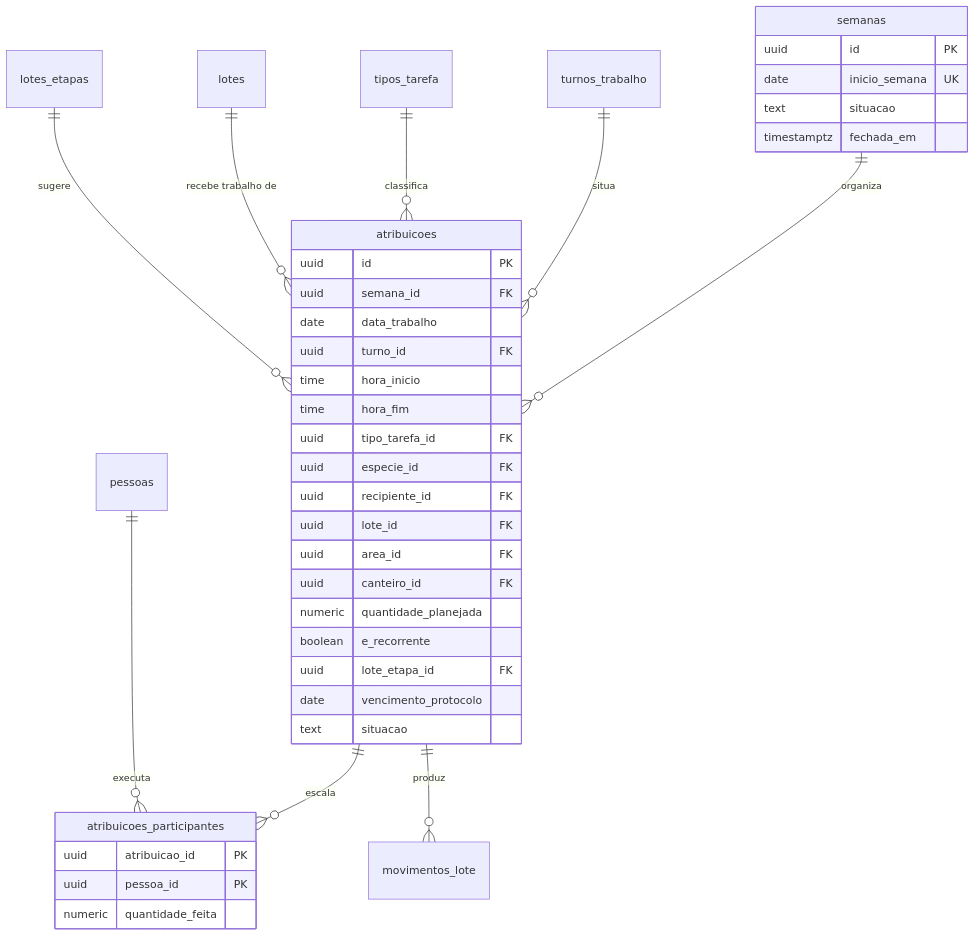
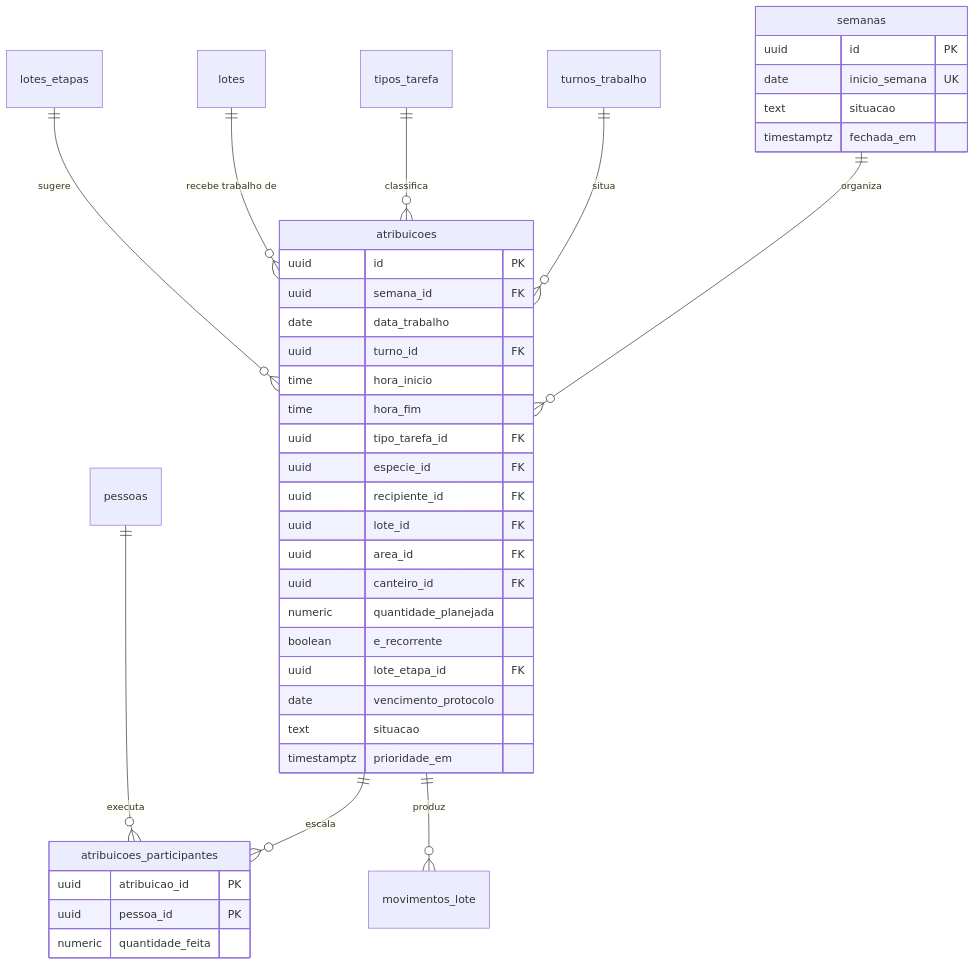
The diagram in docs/engenharia/modelo-dados-pt/mmd/fig14-producao-agenda.mmd (JoaoMudar/tcc), drawn with Mermaid before and after one commit. The commit also changed 53 other files, not shown here.

First line of the commit message:
feat(agenda): prioridade de desenho, visão do dia no celular e ajustes no Gantt da semana

```diff
--- a/docs/engenharia/modelo-dados-pt/mmd/fig14-producao-agenda.mmd
+++ b/docs/engenharia/modelo-dados-pt/mmd/fig14-producao-agenda.mmd
@@ -1,46 +1,47 @@
 erDiagram
   semanas {
     uuid        id PK
     date        inicio_semana UK
     text        situacao
     timestamptz fechada_em
   }
   atribuicoes {
     uuid    id PK
     uuid    semana_id FK
     date    data_trabalho
     uuid    turno_id FK
     time    hora_inicio
     time    hora_fim
     uuid    tipo_tarefa_id FK
     uuid    especie_id FK
     uuid    recipiente_id FK
     uuid    lote_id FK
     uuid    area_id FK
     uuid    canteiro_id FK
     numeric quantidade_planejada
     boolean e_recorrente
     uuid    lote_etapa_id FK
     date    vencimento_protocolo
     text    situacao
+    timestamptz prioridade_em
   }
   atribuicoes_participantes {
     uuid    atribuicao_id PK
     uuid    pessoa_id PK
     numeric quantidade_feita
   }
   turnos_trabalho {}
   tipos_tarefa {}
   pessoas {}
   lotes {}
   lotes_etapas {}
   movimentos_lote {}
 
   semanas     ||--o{ atribuicoes : "organiza"
   atribuicoes ||--o{ atribuicoes_participantes : "escala"
   atribuicoes ||--o{ movimentos_lote : "produz"
   turnos_trabalho ||--o{ atribuicoes : "situa"
   tipos_tarefa    ||--o{ atribuicoes : "classifica"
   pessoas         ||--o{ atribuicoes_participantes : "executa"
   lotes           ||--o{ atribuicoes : "recebe trabalho de"
   lotes_etapas    ||--o{ atribuicoes : "sugere"
```
